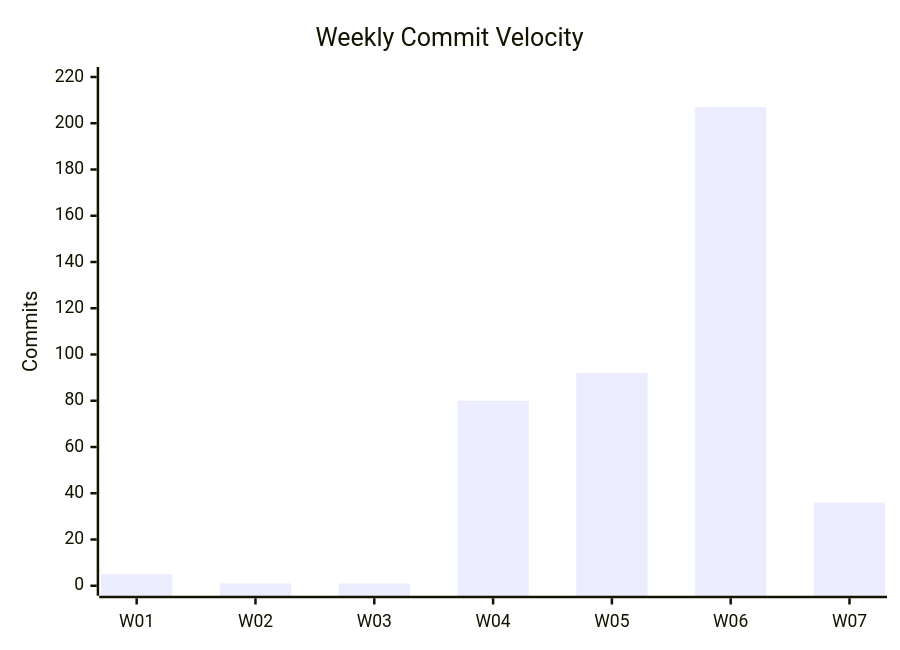
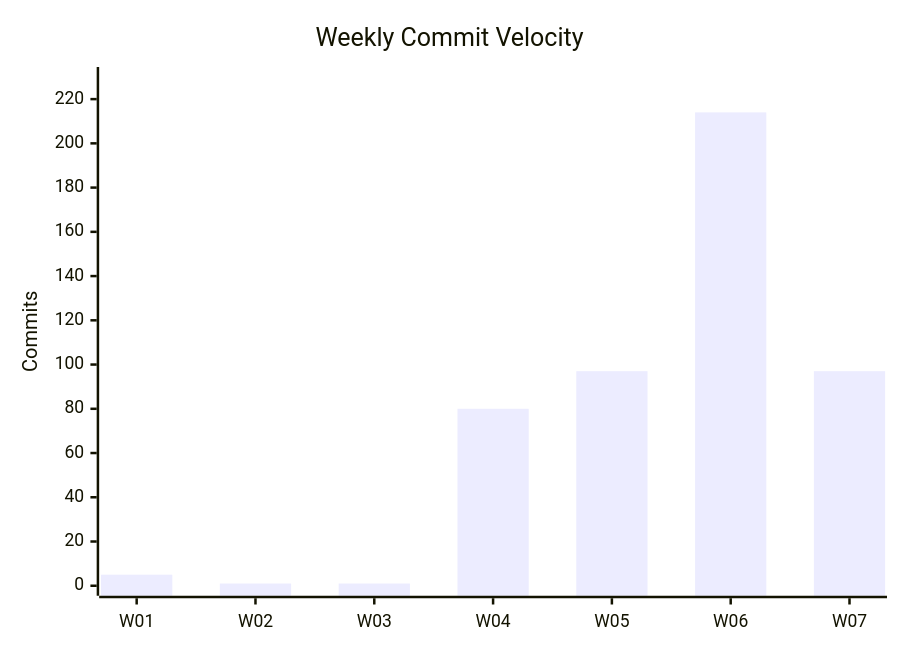
One commit to fusion94/fusion94 changed the first of 4 diagrams in code-stats.md. Above: the diagram before and after it, drawn with Mermaid. The commit also changed other lines of this file and 1 other file, not shown here.

````diff
--- a/code-stats.md
+++ b/code-stats.md
@@ -65,7 +65,7 @@
 ```mermaid
 xychart-beta
     title "Weekly Commit Velocity"
     x-axis ["W01", "W02", "W03", "W04", "W05", "W06", "W07"]
-    y-axis "Commits" 0 --> 220
-    bar [5, 1, 1, 80, 92, 207, 36]
+    y-axis "Commits" 0 --> 230
+    bar [5, 1, 1, 80, 97, 214, 97]
 ```
````
